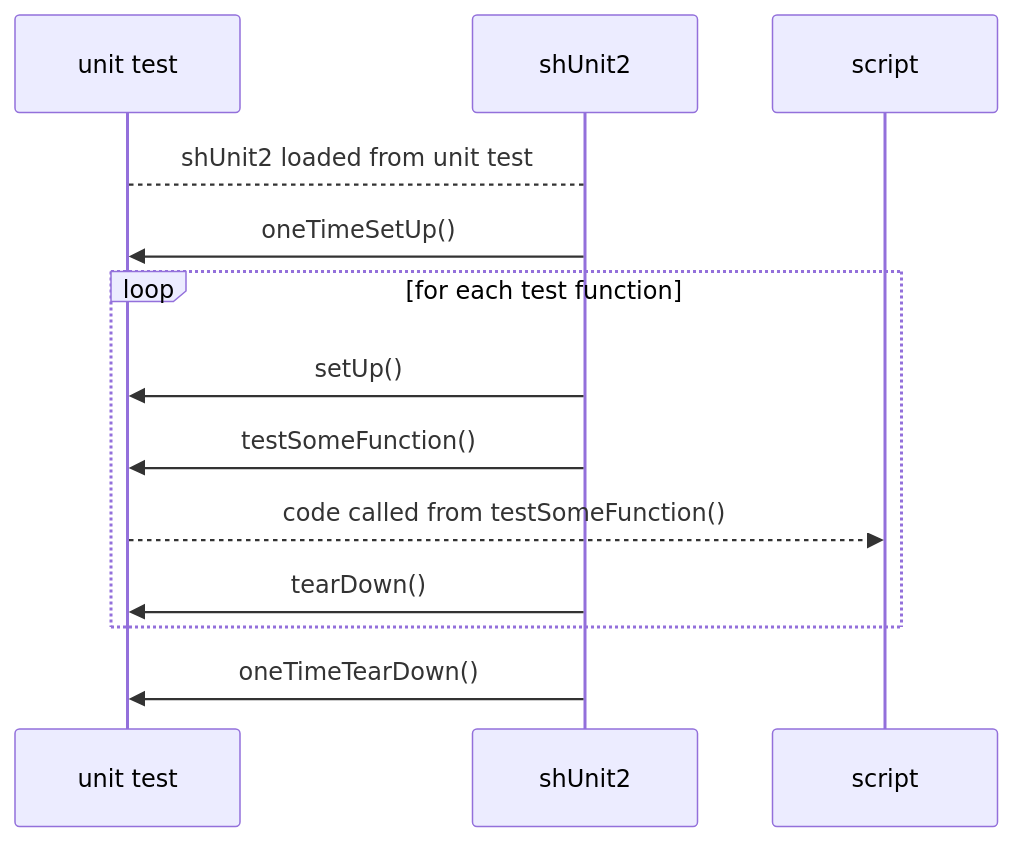
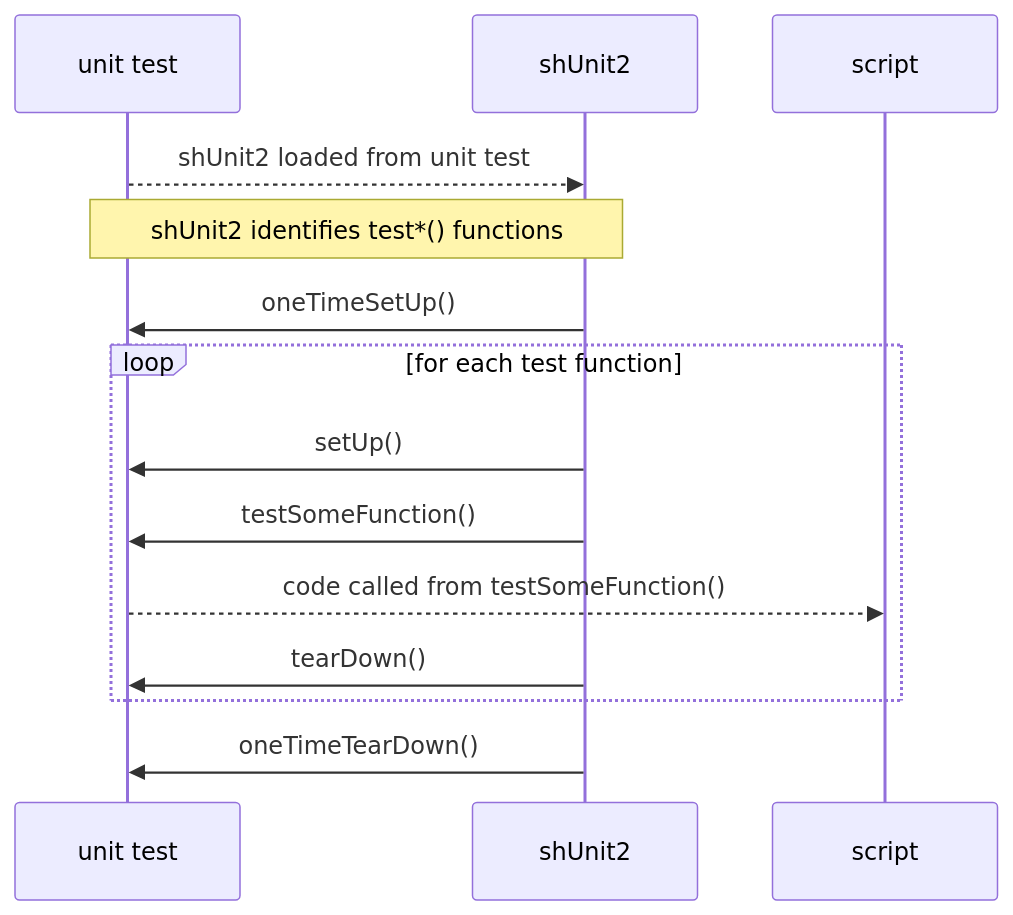
One commit to kward/shunit2 changed the first of 2 diagrams in README.md. Above: the diagram before and after it, drawn with Mermaid. The commit also changed other lines of this file, not shown here.

Commit message:
added sequence diagram for suites; minor cleanups

````diff
--- a/README.md
+++ b/README.md
@@ -52,19 +53,19 @@
 ```mermaid
 sequenceDiagram
   participant unit_test as unit test
-  participant shUnit2
-  participant script
 
-  unit_test-->shUnit2: shUnit2 loaded from unit test
+  unit_test-->>shUnit2: shUnit2 loaded from unit test
+
+  note over unit_test,shUnit2: shUnit2 identifies test*() functions
 
   shUnit2->>unit_test: oneTimeSetUp()
 
   loop for each test function
     shUnit2->>unit_test: setUp()
     shUnit2->>unit_test: testSomeFunction()
     unit_test-->>script: code called from testSomeFunction()
     shUnit2->>unit_test: tearDown()
   end
 
   shUnit2->>unit_test: oneTimeTearDown()
 ```
````
